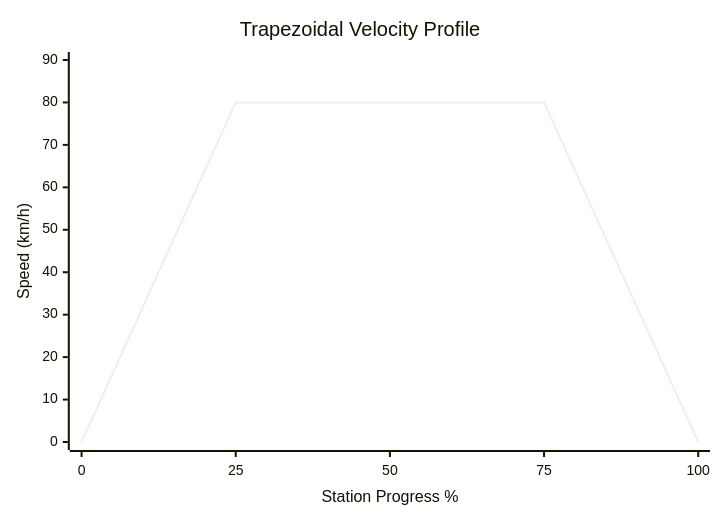
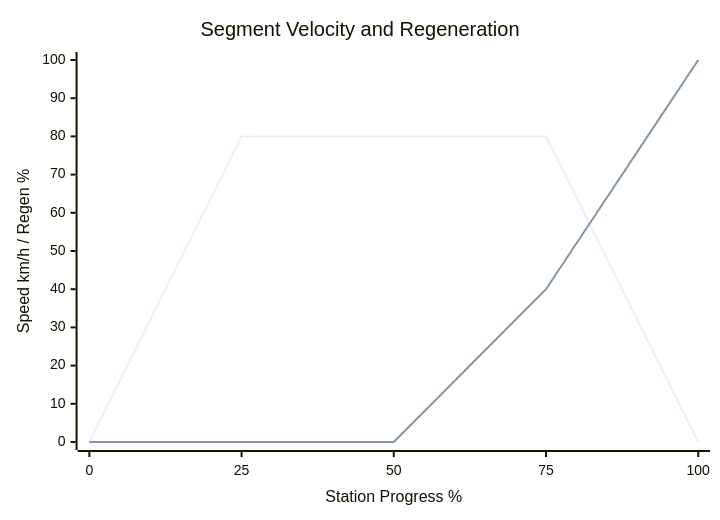
The second of 4 diagrams in hmax-lite/docs/architecture.md (AngelP17/rail), drawn with Mermaid before and after one commit. The commit also changed other lines of this file and 8 other files, not shown here.

````diff
--- a/hmax-lite/docs/architecture.md
+++ b/hmax-lite/docs/architecture.md
@@ -64,7 +66,8 @@
 ```mermaid
 xychart-beta
-    title "Trapezoidal Velocity Profile"
+    title "Segment Velocity and Regeneration"
     x-axis "Station Progress %" [0, 25, 50, 75, 100]
-    y-axis "Speed (km/h)" 0 --> 90
-    line [0, 80, 80, 80, 0]
+    y-axis "Speed km/h / Regen %" 0 --> 100
+    line "Speed" [0, 80, 80, 80, 0]
+    line "B-CHOP" [0, 0, 0, 40, 100]
 ```
````
